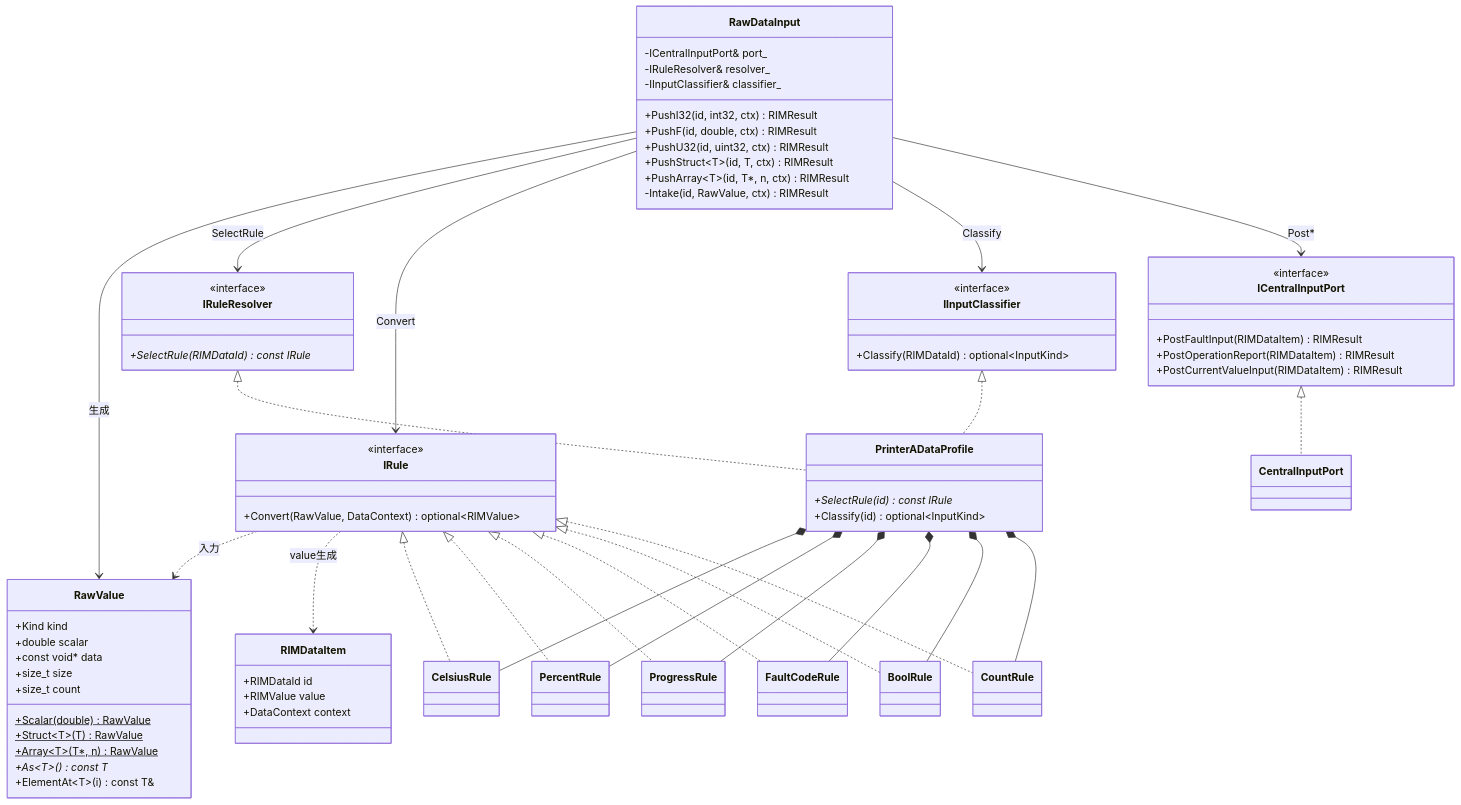
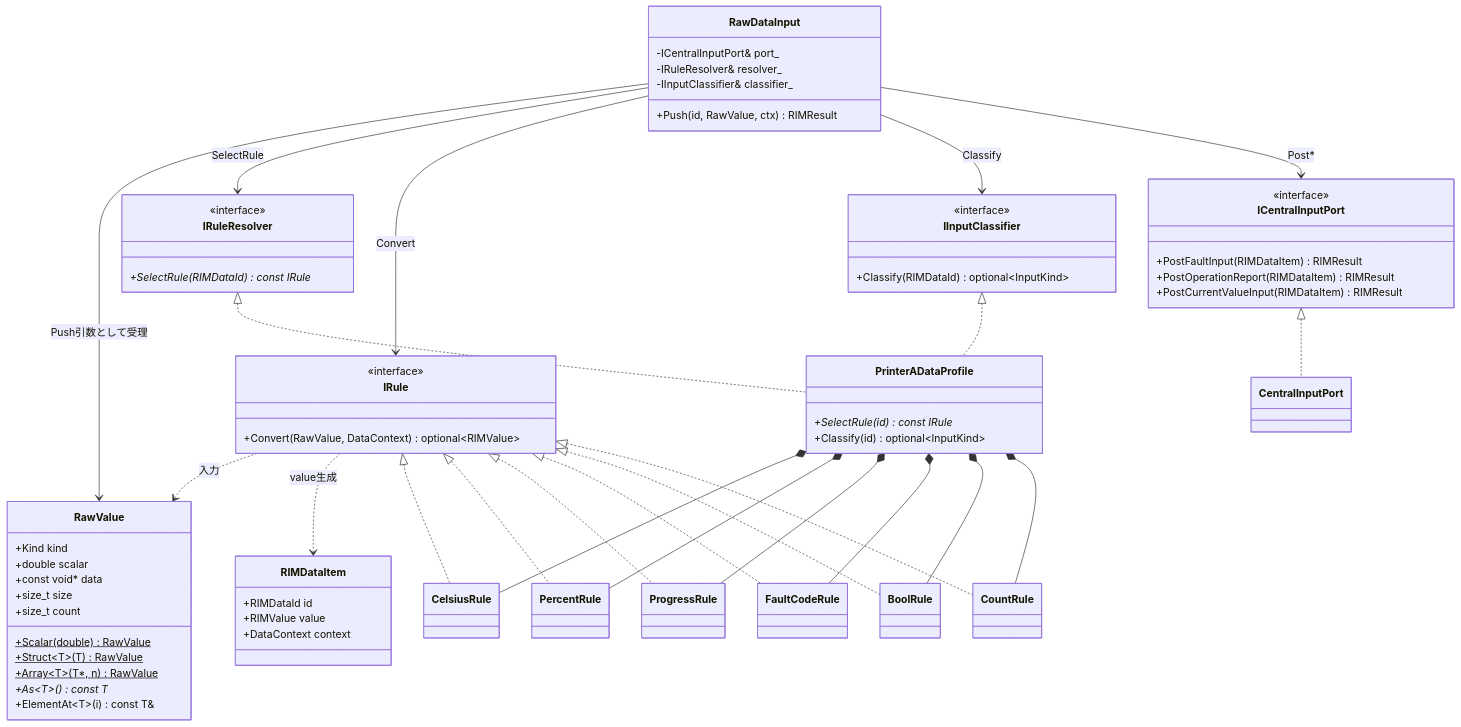
Before and after one commit to ceedling-vxworks-test-generator/printer-fw: the diagram in docs/adapter/03_クラス図.md, drawn with Mermaid. The commit also changed 6 other files, not shown here.

First line of the commit message:
Consolidate RawDataInput's external Push API into a single Push(id, RawValue, ctx)

```diff
--- a/docs/adapter/03_クラス図.md
+++ b/docs/adapter/03_クラス図.md
@@ -8,12 +8,7 @@
         -ICentralInputPort& port_
         -IRuleResolver& resolver_
         -IInputClassifier& classifier_
-        +PushI32(id, int32, ctx) RIMResult
-        +PushF(id, double, ctx) RIMResult
-        +PushU32(id, uint32, ctx) RIMResult
-        +PushStruct~T~(id, T, ctx) RIMResult
-        +PushArray~T~(id, T*, n, ctx) RIMResult
-        -Intake(id, RawValue, ctx) RIMResult
+        +Push(id, RawValue, ctx) RIMResult
     }
 
     class RawValue {
@@ -69,7 +64,7 @@
     %% L2(送出先の実装)
     class CentralInputPort
 
-    RawDataInput --> RawValue : 生成
+    RawDataInput --> RawValue : Push引数として受理
     RawDataInput --> IRuleResolver : SelectRule
     RawDataInput --> IRule : Convert
     RawDataInput --> IInputClassifier : Classify
```
